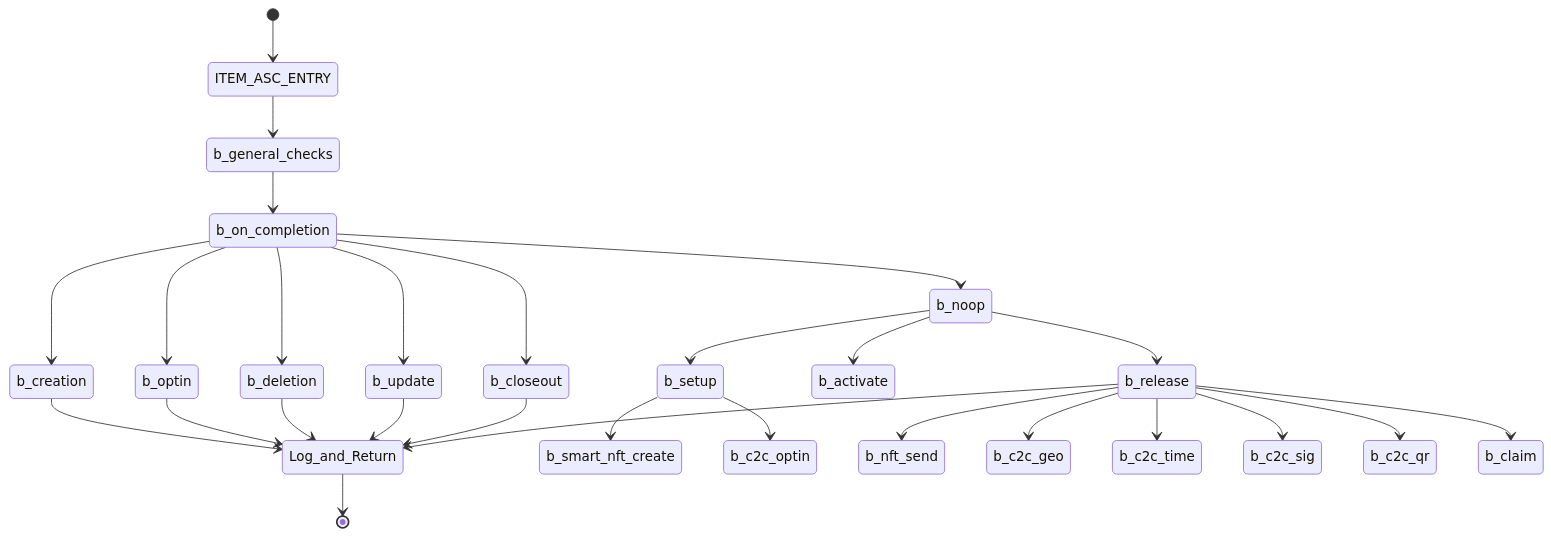
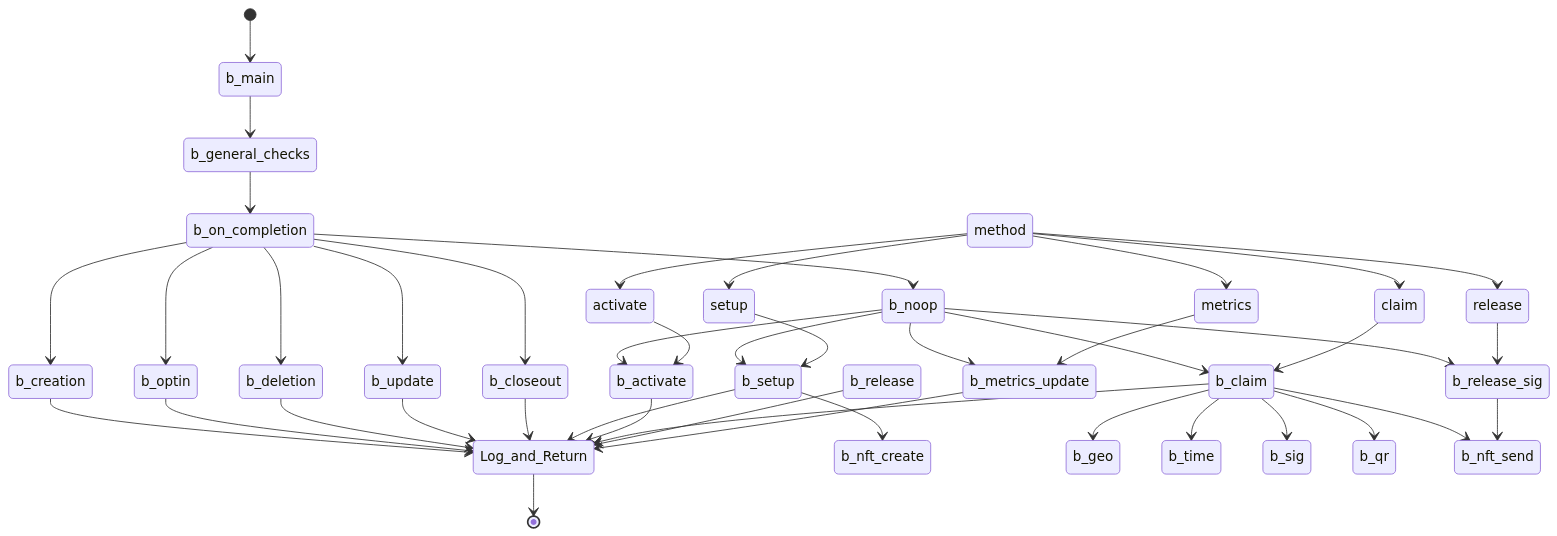
The fourth of 6 diagrams in README.md (Sun-C0ffee/algopoap-smartcontracts), drawn with Mermaid before and after one commit. The commit also changed other lines of this file, not shown here.

````diff
--- a/README.md
+++ b/README.md
@@ -73,33 +74,54 @@
 ```mermaid
   stateDiagram-v2
-    [*] --> ITEM_ASC_ENTRY
-    ITEM_ASC_ENTRY --> b_general_checks
+    [*] --> b_main
+    b_main --> b_general_checks
     b_general_checks --> b_on_completion
+    
     b_on_completion --> b_creation
     b_creation --> Log_and_Return
     b_on_completion --> b_optin
     b_optin --> Log_and_Return
     b_on_completion --> b_deletion
     b_deletion --> Log_and_Return
     b_on_completion --> b_update
     b_update --> Log_and_Return
     b_on_completion --> b_closeout
     b_closeout --> Log_and_Return
+
     b_on_completion --> b_noop
     b_noop --> b_setup
-    b_setup --> b_smart_nft_create
-    b_setup --> b_c2c_optin
+    method --> setup
+    setup --> b_setup
+    b_setup --> b_nft_create
+    b_setup --> Log_and_Return
+
     b_noop --> b_activate
-    b_noop --> b_release
-    b_release --> b_nft_send
-    b_release --> b_c2c_geo
-    b_release --> b_c2c_time
-    b_release --> b_c2c_sig
-    b_release --> b_c2c_qr
-    b_release --> b_claim
+    method --> activate
+    activate --> b_activate
+    b_activate --> Log_and_Return
+
+    b_noop --> b_claim
+    method --> claim
+    claim --> b_claim
+
+    b_claim --> b_geo
+    b_claim --> b_time
+    b_claim --> b_sig
+    b_claim --> b_qr
+    b_claim --> b_nft_send
+    b_claim --> Log_and_Return
+
+    b_noop --> b_release_sig
+    method --> release
+    release --> b_release_sig
+    b_release_sig --> b_nft_send
     b_release --> Log_and_Return
    
+    b_noop --> b_metrics_update
+    method --> metrics
+    metrics --> b_metrics_update
+    b_metrics_update --> Log_and_Return
     
     Log_and_Return --> [*]
     
 ```
````
